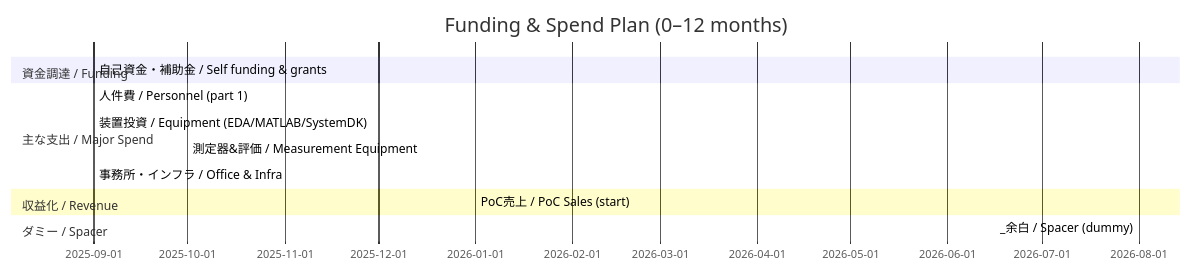
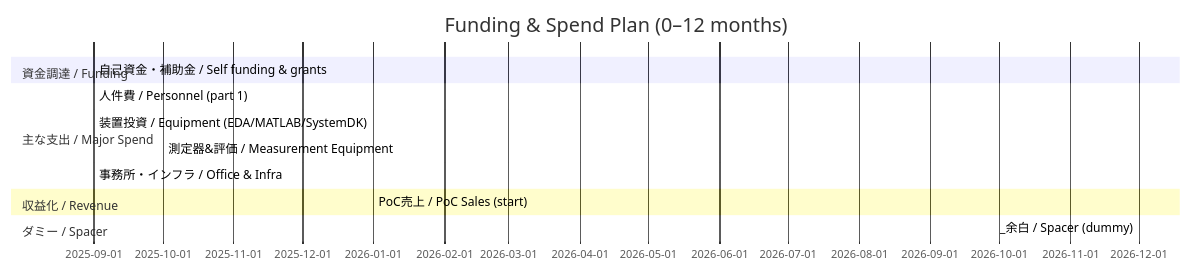
The sixth of 8 diagrams in AITL_Strategy_Proposal_Draft_v4_1.md (Samizo-AITL/AITL-Strategy-Proposal), drawn with Mermaid before and after one commit. The commit also changed other lines of this file, not shown here.

````diff
--- a/AITL_Strategy_Proposal_Draft_v4_1.md
+++ b/AITL_Strategy_Proposal_Draft_v4_1.md
@@ -380,20 +380,20 @@
 ```mermaid
 gantt
     title Funding & Spend Plan (0–12 months)
     dateFormat  YYYY-MM
 
     section 資金調達 / Funding
     自己資金・補助金 / Self funding & grants        :done, f1a, 2025-09, 6mo
 
     section 主な支出 / Major Spend
     人件費 / Personnel (part 1)                     :crit, s1a, 2025-09, 12mo
     装置投資 / Equipment (EDA/MATLAB/SystemDK)      :s2a, 2025-09, 12mo
     測定器&評価 / Measurement Equipment             :s3a, 2025-10, 10mo
     事務所・インフラ / Office & Infra               :s4a, 2025-09, 12mo
 
     section 収益化 / Revenue
-    PoC売上 / PoC Sales (start)                     :r1a, 2026-01, 8mo
+    PoC売上 / PoC Sales (start)                     :r1a, 2026-01, 8mo  %% ends 2026-09
 
     section ダミー / Spacer
-    _余白 / Spacer (dummy)                           :spA, 2026-08, 1mo
+    _余白 / Spacer (dummy)                           :spA, 2026-12, 2mo
 ```
````
